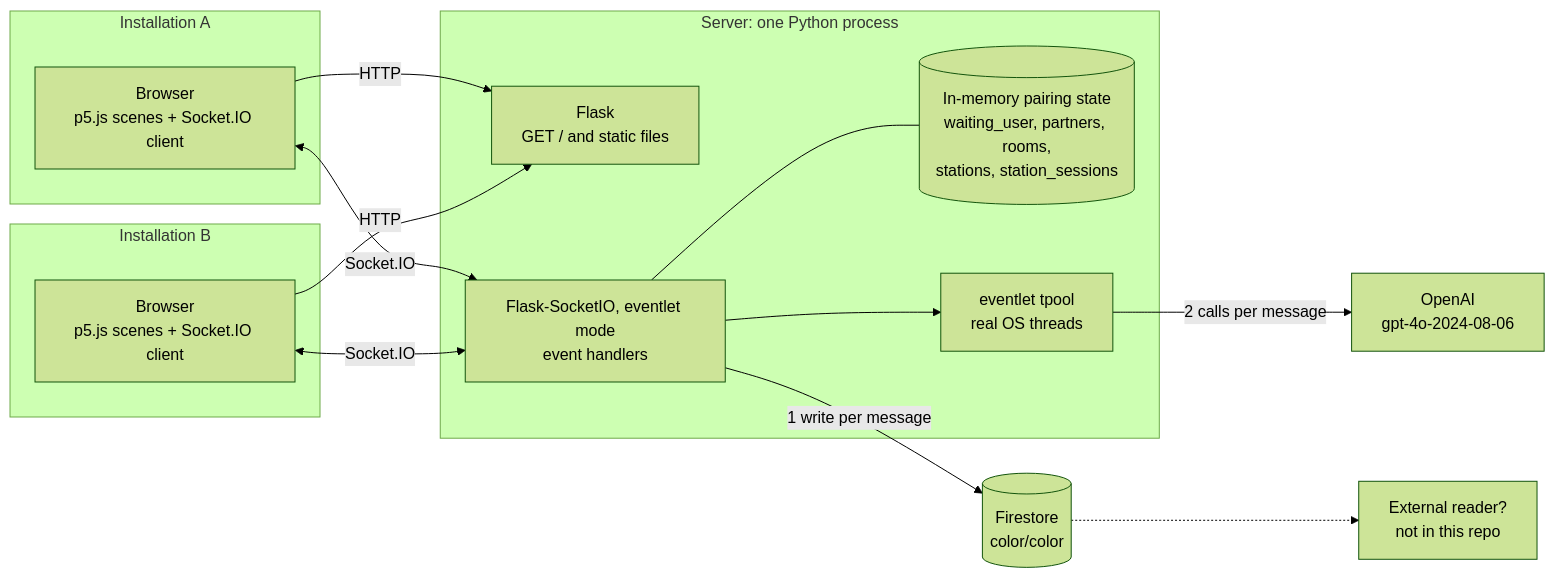
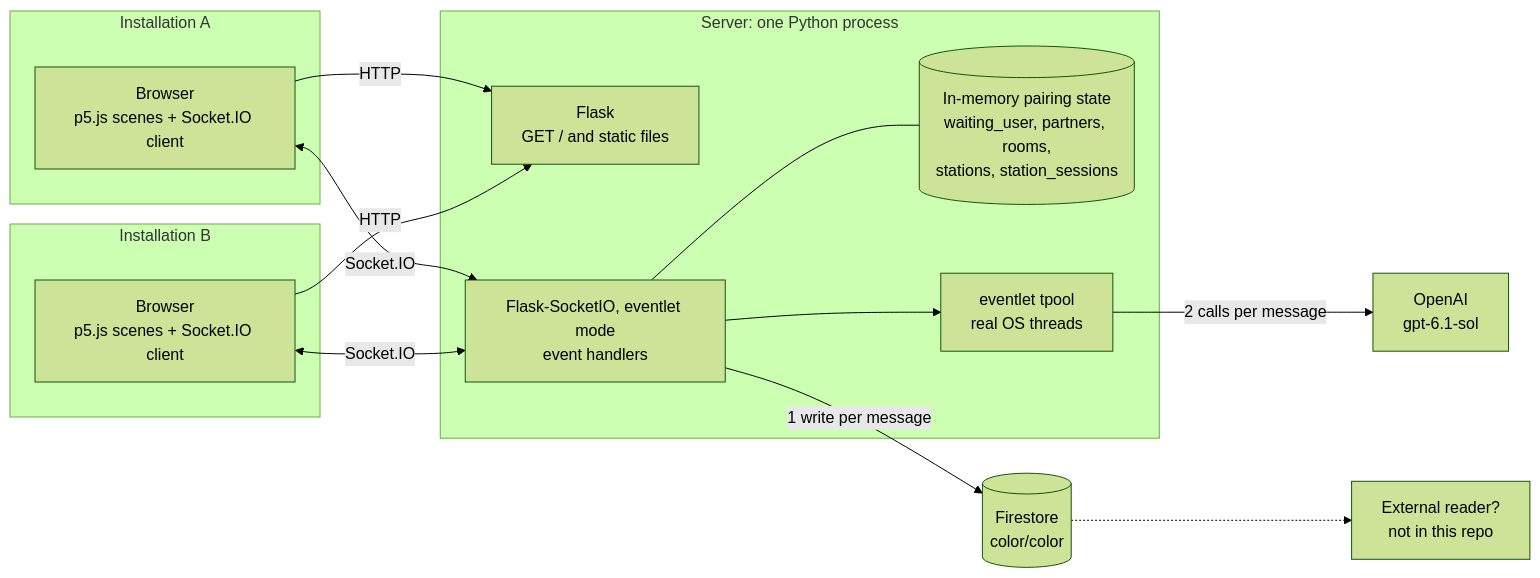
Before and after one commit to partyck/in-between-us: the first of 6 diagrams in architecture.md, drawn with Mermaid (forest theme). The commit also changed other lines of this file and 6 other files, not shown here.

````diff
--- a/architecture.md
+++ b/architecture.md
@@ -9,27 +9,27 @@
 ```mermaid
 flowchart LR
     subgraph IA["Installation A"]
         CA["Browser<br/>p5.js scenes + Socket.IO client"]
     end
     subgraph IB["Installation B"]
         CB["Browser<br/>p5.js scenes + Socket.IO client"]
     end
     subgraph SRV["Server: one Python process"]
         HTTP["Flask<br/>GET / and static files"]
         SIO["Flask-SocketIO, eventlet mode<br/>event handlers"]
         PAIR[("In-memory pairing state<br/>waiting_user, partners, rooms,<br/>stations, station_sessions")]
         TP["eventlet tpool<br/>real OS threads"]
         SIO --- PAIR
         SIO --> TP
     end
-    OAI["OpenAI<br/>gpt-4o-2024-08-06"]
+    OAI["OpenAI<br/>gpt-6.1-sol"]
     FS[("Firestore<br/>color/color")]
     EXT["External reader?<br/>not in this repo"]
     CA <-->|Socket.IO| SIO
     CB <-->|Socket.IO| SIO
     CA -->|HTTP| HTTP
     CB -->|HTTP| HTTP
     TP -->|2 calls per message| OAI
     SIO -->|1 write per message| FS
     FS -.-> EXT
 ```
````
